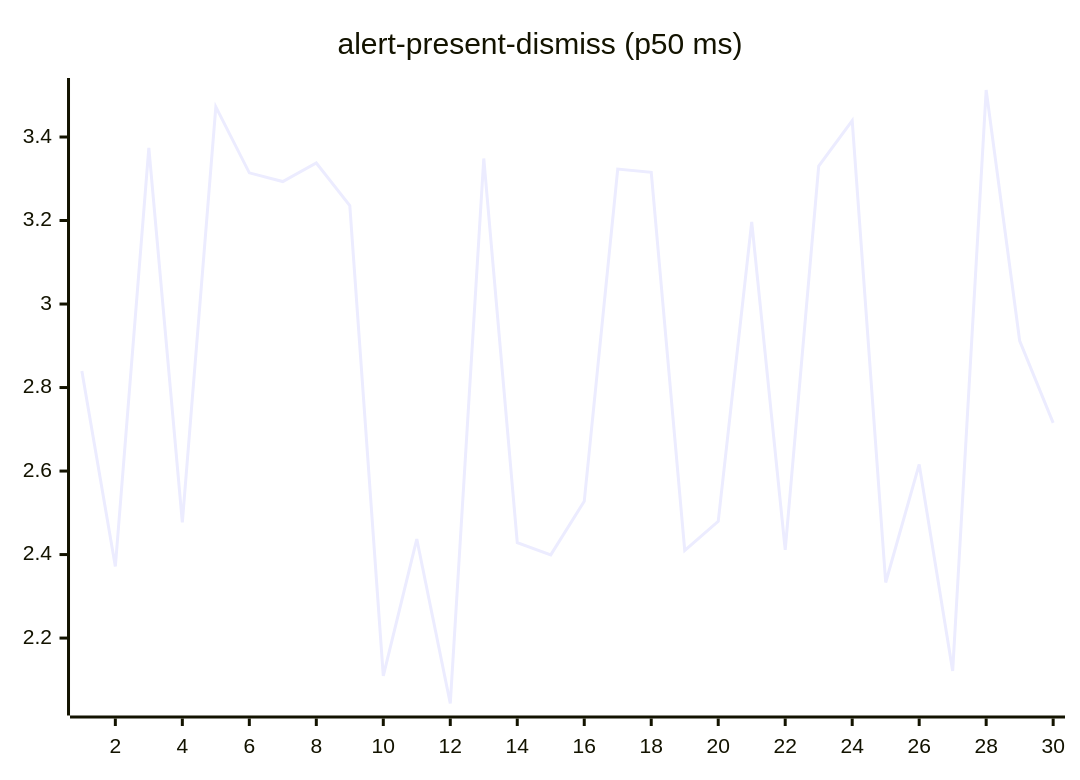
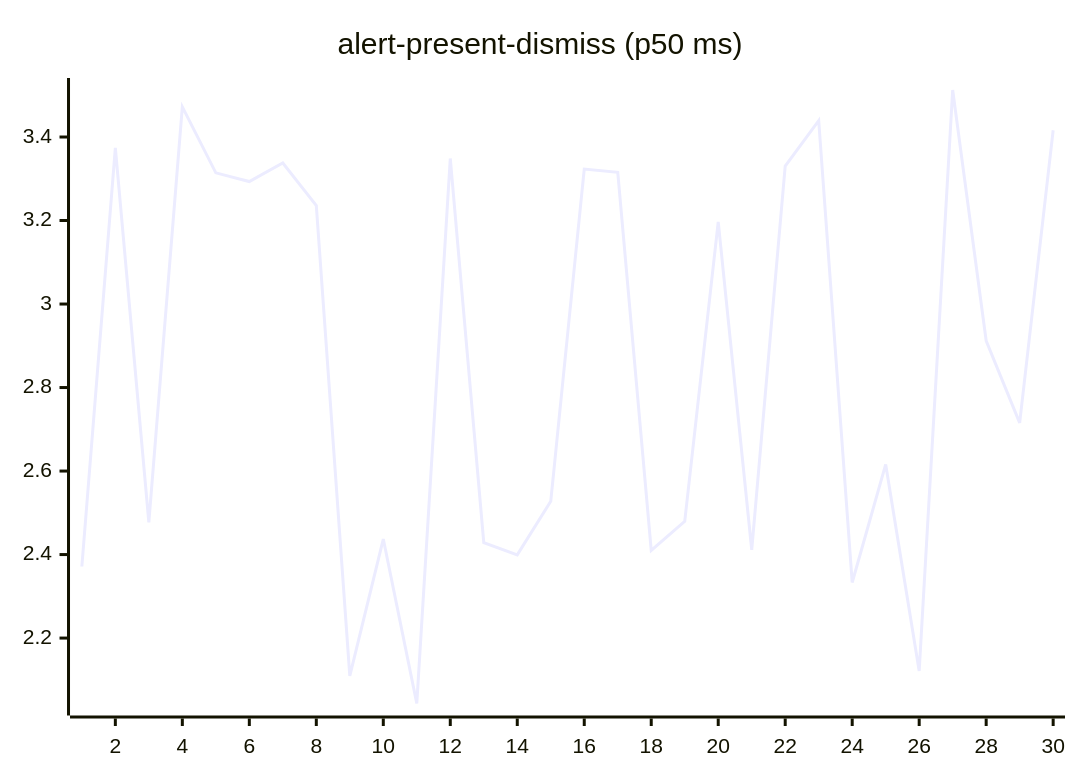
The second of 27 diagrams in README.md (josha/Facet), drawn with Mermaid before and after one commit. The commit also changed other lines of this file and 2 other files, not shown here.

````diff
--- a/README.md
+++ b/README.md
@@ -70,6 +70,6 @@
 ```mermaid
 xychart-beta
     title "alert-present-dismiss (p50 ms)"
     x-axis 1 --> 30
-    line [2.8395, 2.3714, 3.3741, 2.4770, 3.4723, 3.3142, 3.2934, 3.3378, 3.2358, 2.1094, 2.4372, 2.0433, 3.3486, 2.4287, 2.3992, 2.5276, 3.3233, 3.3156, 2.4099, 2.4796, 3.1966, 2.4115, 3.3306, 3.4390, 2.3331, 2.6158, 2.1213, 3.5126, 2.9120, 2.7154]
+    line [2.3714, 3.3741, 2.4770, 3.4723, 3.3142, 3.2934, 3.3378, 3.2358, 2.1094, 2.4372, 2.0433, 3.3486, 2.4287, 2.3992, 2.5276, 3.3233, 3.3156, 2.4099, 2.4796, 3.1966, 2.4115, 3.3306, 3.4390, 2.3331, 2.6158, 2.1213, 3.5126, 2.9120, 2.7154, 3.4161]
 ```
````
